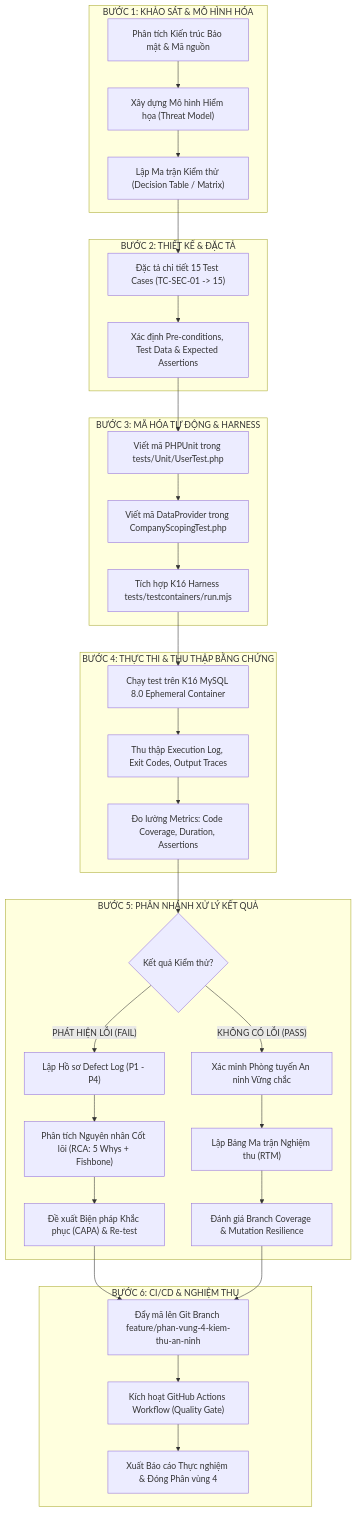
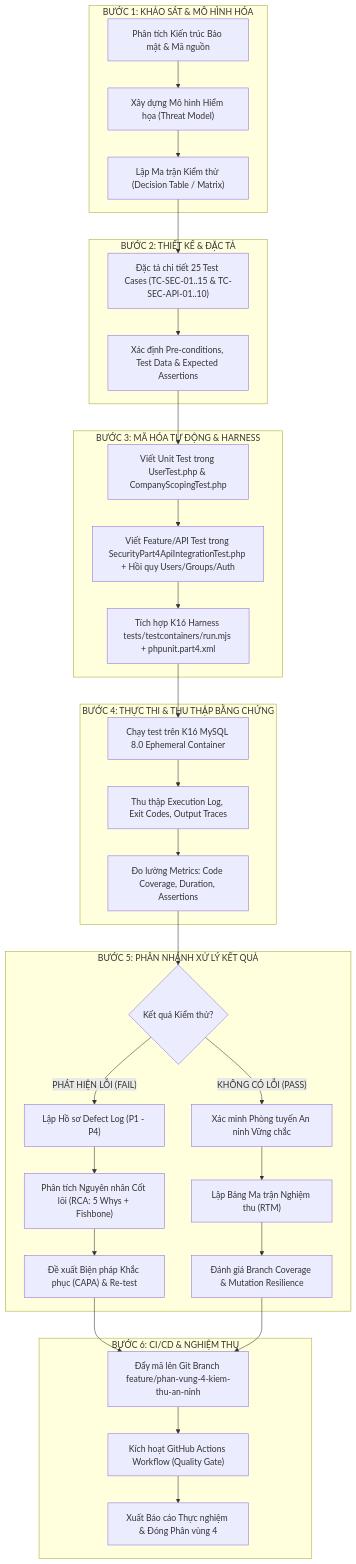
The first of 9 diagrams in KE_HOACH_TRIEN_KHAI_PHAN_VUNG_4.md (Bee-Max-Ne/Snipe-IT), drawn with Mermaid before and after one commit. The commit also changed other lines of this file, not shown here.

Commit message:
docs(plan): dong bo KE_HOACH_TRIEN_KHAI_PHAN_VUNG_4 voi ket qua 564 tests, PCOV 82.60%, script .ps1 va tag v1.1

````diff
--- a/KE_HOACH_TRIEN_KHAI_PHAN_VUNG_4.md
+++ b/KE_HOACH_TRIEN_KHAI_PHAN_VUNG_4.md
@@ -45,42 +51,42 @@
 ```mermaid
 flowchart TD
     subgraph Phase1["BƯỚC 1: KHẢO SÁT & MÔ HÌNH HÓA"]
         A1["Phân tích Kiến trúc Bảo mật & Mã nguồn"] --> A2["Xây dựng Mô hình Hiểm họa (Threat Model)"]
         A2 --> A3["Lập Ma trận Kiểm thử (Decision Table / Matrix)"]
     end
 
     subgraph Phase2["BƯỚC 2: THIẾT KẾ & ĐẶC TẢ"]
-        A3 --> B1["Đặc tả chi tiết 15 Test Cases (TC-SEC-01 -> 15)"]
+        A3 --> B1["Đặc tả chi tiết 25 Test Cases (TC-SEC-01..15 & TC-SEC-API-01..10)"]
         B1 --> B2["Xác định Pre-conditions, Test Data & Expected Assertions"]
     end
 
     subgraph Phase3["BƯỚC 3: MÃ HÓA TỰ ĐỘNG & HARNESS"]
-        B2 --> C1["Viết mã PHPUnit trong tests/Unit/UserTest.php"]
-        C1 --> C2["Viết mã DataProvider trong CompanyScopingTest.php"]
-        C2 --> C3["Tích hợp K16 Harness tests/testcontainers/run.mjs"]
+        B2 --> C1["Viết Unit Test trong UserTest.php & CompanyScopingTest.php"]
+        C1 --> C2["Viết Feature/API Test trong SecurityPart4ApiIntegrationTest.php + Hồi quy Users/Groups/Auth"]
+        C2 --> C3["Tích hợp K16 Harness tests/testcontainers/run.mjs + phpunit.part4.xml"]
     end
 
     subgraph Phase4["BƯỚC 4: THỰC THI & THU THẬP BẰNG CHỨNG"]
         C3 --> D1["Chạy test trên K16 MySQL 8.0 Ephemeral Container"]
         D1 --> D2["Thu thập Execution Log, Exit Codes, Output Traces"]
         D2 --> D3["Đo lường Metrics: Code Coverage, Duration, Assertions"]
     end
 
     subgraph Phase5["BƯỚC 5: PHÂN NHÁNH XỬ LÝ KẾT QUẢ"]
         D3 --> E1{"Kết quả Kiểm thử?"}
         E1 -- "PHÁT HIỆN LỖI (FAIL)" --> F1["Lập Hồ sơ Defect Log (P1 - P4)"]
         F1 --> F2["Phân tích Nguyên nhân Cốt lõi (RCA: 5 Whys + Fishbone)"]
         F2 --> F3["Đề xuất Biện pháp Khắc phục (CAPA) & Re-test"]
         
         E1 -- "KHÔNG CÓ LỖI (PASS)" --> G1["Xác minh Phòng tuyến An ninh Vững chắc"]
         G1 --> G2["Lập Bảng Ma trận Nghiệm thu (RTM)"]
         G2 --> G3["Đánh giá Branch Coverage & Mutation Resilience"]
     end
 
     subgraph Phase6["BƯỚC 6: CI/CD & NGHIỆM THU"]
         F3 --> H1["Đẩy mã lên Git Branch feature/phan-vung-4-kiem-thu-an-ninh"]
         G3 --> H1
         H1 --> H2["Kích hoạt GitHub Actions Workflow (Quality Gate)"]
         H2 --> H3["Xuất Báo cáo Thực nghiệm & Đóng Phân vùng 4"]
     end
 ```
````
